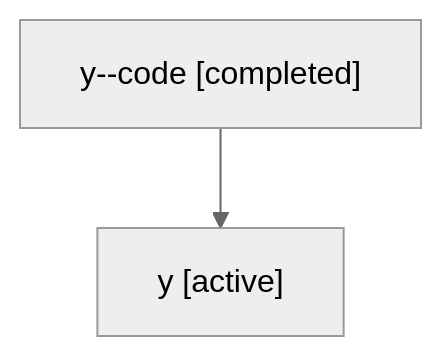
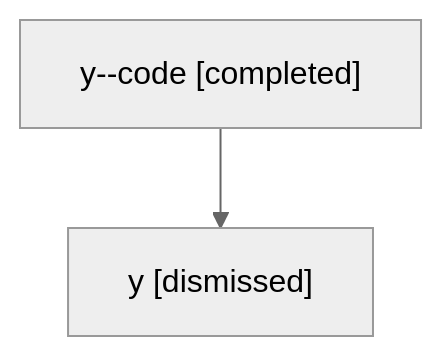
Before and after one commit to sase-org/sase--agents: the diagram in sessions/bbugyi200.athena.y.md, drawn with Mermaid (neutral theme). The commit also changed other lines of this file and 30 other files, not shown here.

````diff
--- a/sessions/bbugyi200.athena.y.md
+++ b/sessions/bbugyi200.athena.y.md
@@ -9,6 +9,6 @@
 ```mermaid
 flowchart TD
   n0["y--code [completed]"]
-  n1["y [active]"]
+  n1["y [dismissed]"]
   n0 --> n1
 ```
````
